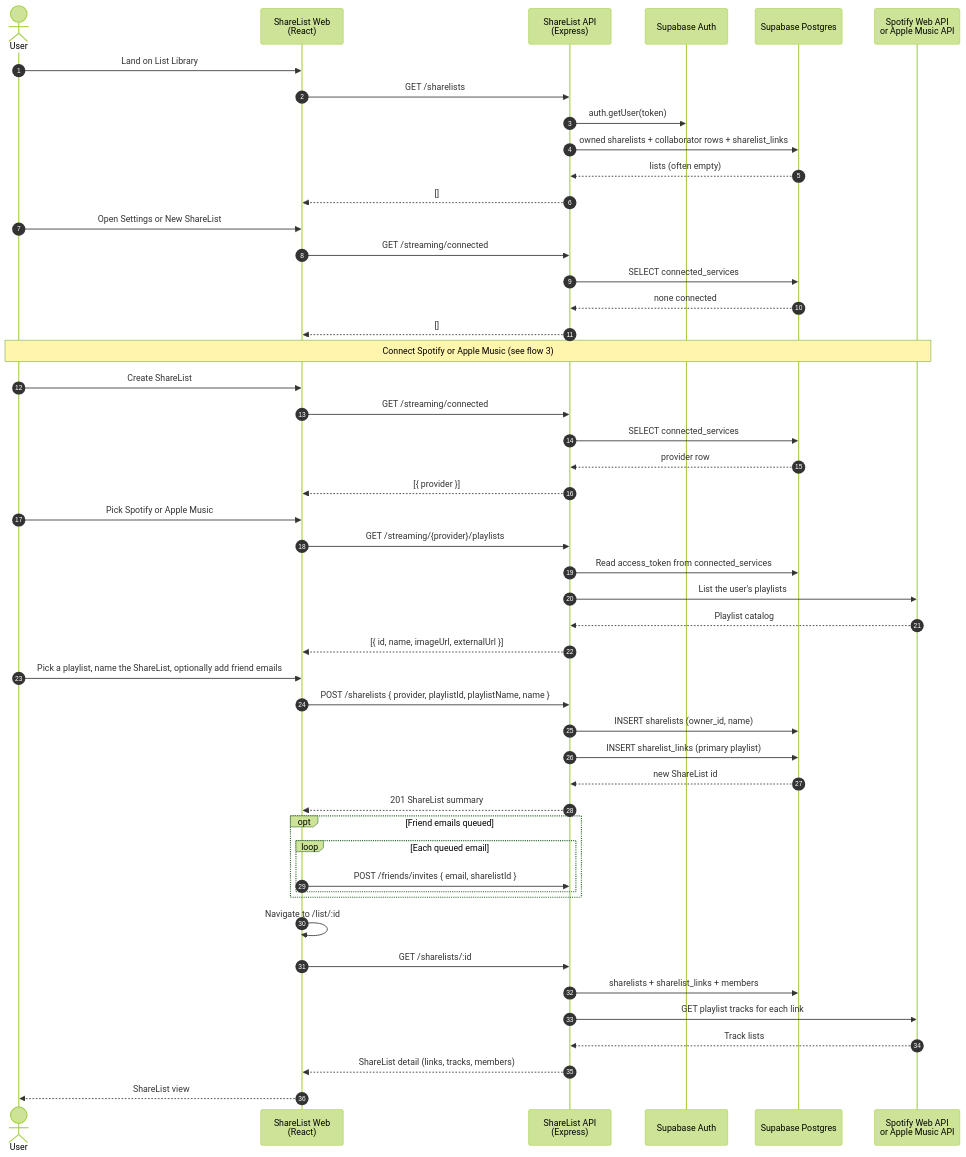
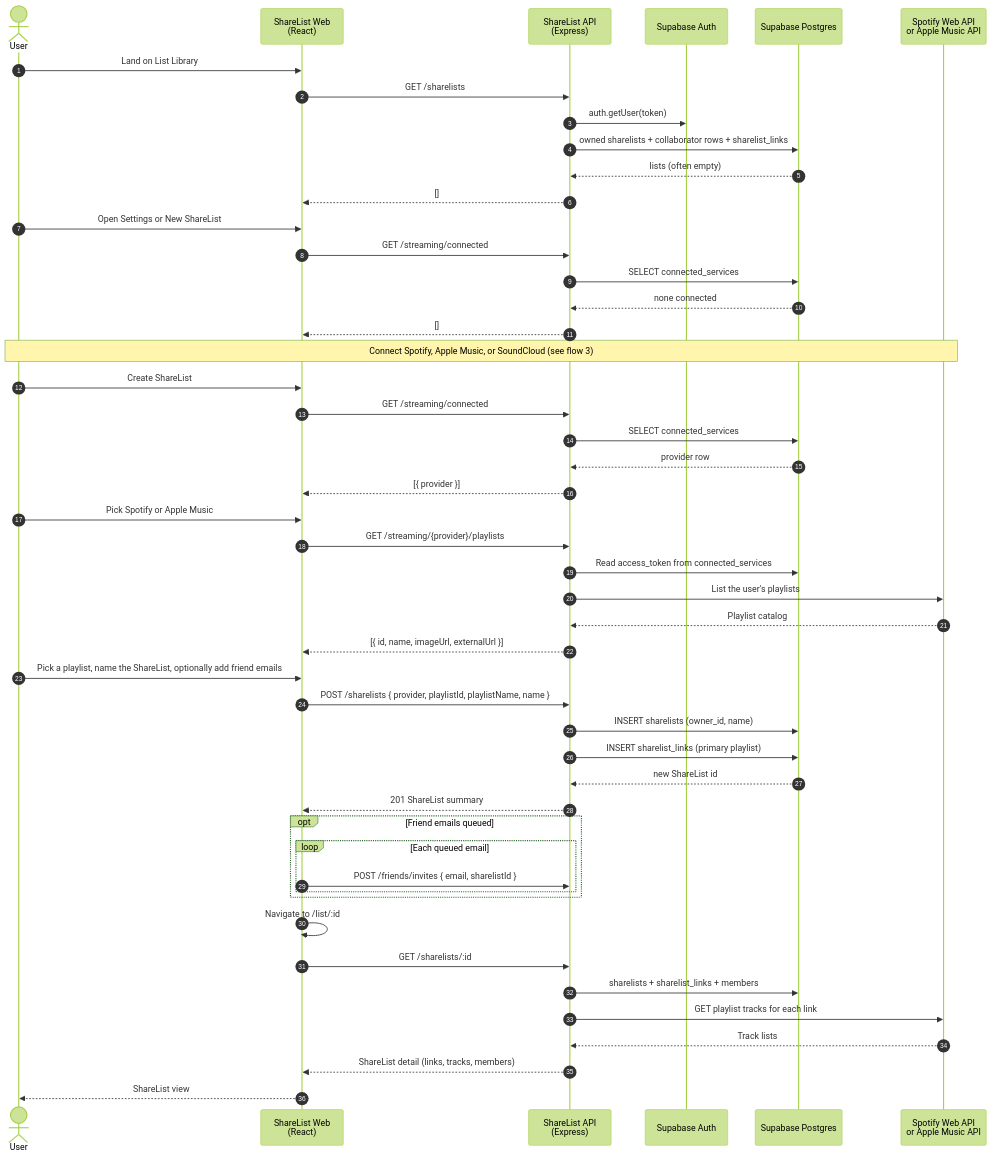
The second of 6 diagrams in README.md (LBC-Innovation/ShareList), drawn with Mermaid (forest theme) before and after one commit. The commit also changed other lines of this file and 27 other files, not shown here.

First line of the commit message:
Add SoundCloud connect, matching, and availability

````diff
--- a/README.md
+++ b/README.md
@@ -154,57 +157,57 @@
 ```mermaid
 sequenceDiagram
     autonumber
     actor User
     participant Web as ShareList Web<br/>(React)
     participant API as ShareList API<br/>(Express)
     participant Auth as Supabase Auth
     participant DB as Supabase Postgres
     participant Platform as Spotify Web API<br/>or Apple Music API
 
     User->>Web: Land on List Library
     Web->>API: GET /sharelists
     API->>Auth: auth.getUser(token)
     API->>DB: owned sharelists + collaborator rows + sharelist_links
     DB-->>API: lists (often empty)
     API-->>Web: []
 
     User->>Web: Open Settings or New ShareList
     Web->>API: GET /streaming/connected
     API->>DB: SELECT connected_services
     DB-->>API: none connected
     API-->>Web: []
 
-    Note over User,Platform: Connect Spotify or Apple Music (see flow 3)
+    Note over User,Platform: Connect Spotify, Apple Music, or SoundCloud (see flow 3)
     User->>Web: Create ShareList
     Web->>API: GET /streaming/connected
     API->>DB: SELECT connected_services
     DB-->>API: provider row
     API-->>Web: [{ provider }]
 
     User->>Web: Pick Spotify or Apple Music
     Web->>API: GET /streaming/{provider}/playlists
     API->>DB: Read access_token from connected_services
     API->>Platform: List the user's playlists
     Platform-->>API: Playlist catalog
     API-->>Web: [{ id, name, imageUrl, externalUrl }]
 
     User->>Web: Pick a playlist, name the ShareList, optionally add friend emails
     Web->>API: POST /sharelists { provider, playlistId, playlistName, name }
     API->>DB: INSERT sharelists (owner_id, name)
     API->>DB: INSERT sharelist_links (primary playlist)
     DB-->>API: new ShareList id
     API-->>Web: 201 ShareList summary
     opt Friend emails queued
         loop Each queued email
             Web->>API: POST /friends/invites { email, sharelistId }
         end
     end
     Web->>Web: Navigate to /list/:id
 
     Web->>API: GET /sharelists/:id
     API->>DB: sharelists + sharelist_links + members
     API->>Platform: GET playlist tracks for each link
     Platform-->>API: Track lists
     API-->>Web: ShareList detail (links, tracks, members)
     Web-->>User: ShareList view
 ```
````
